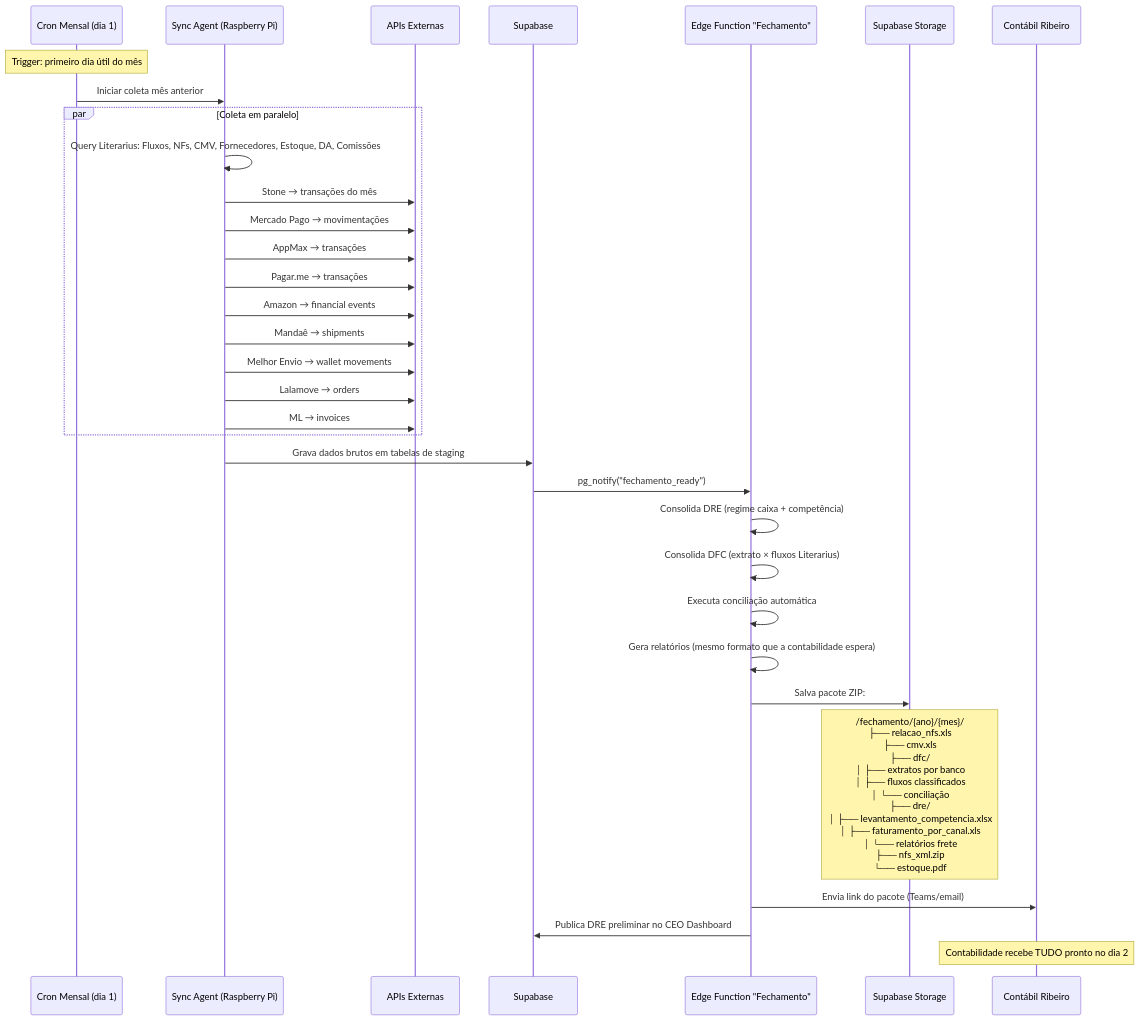
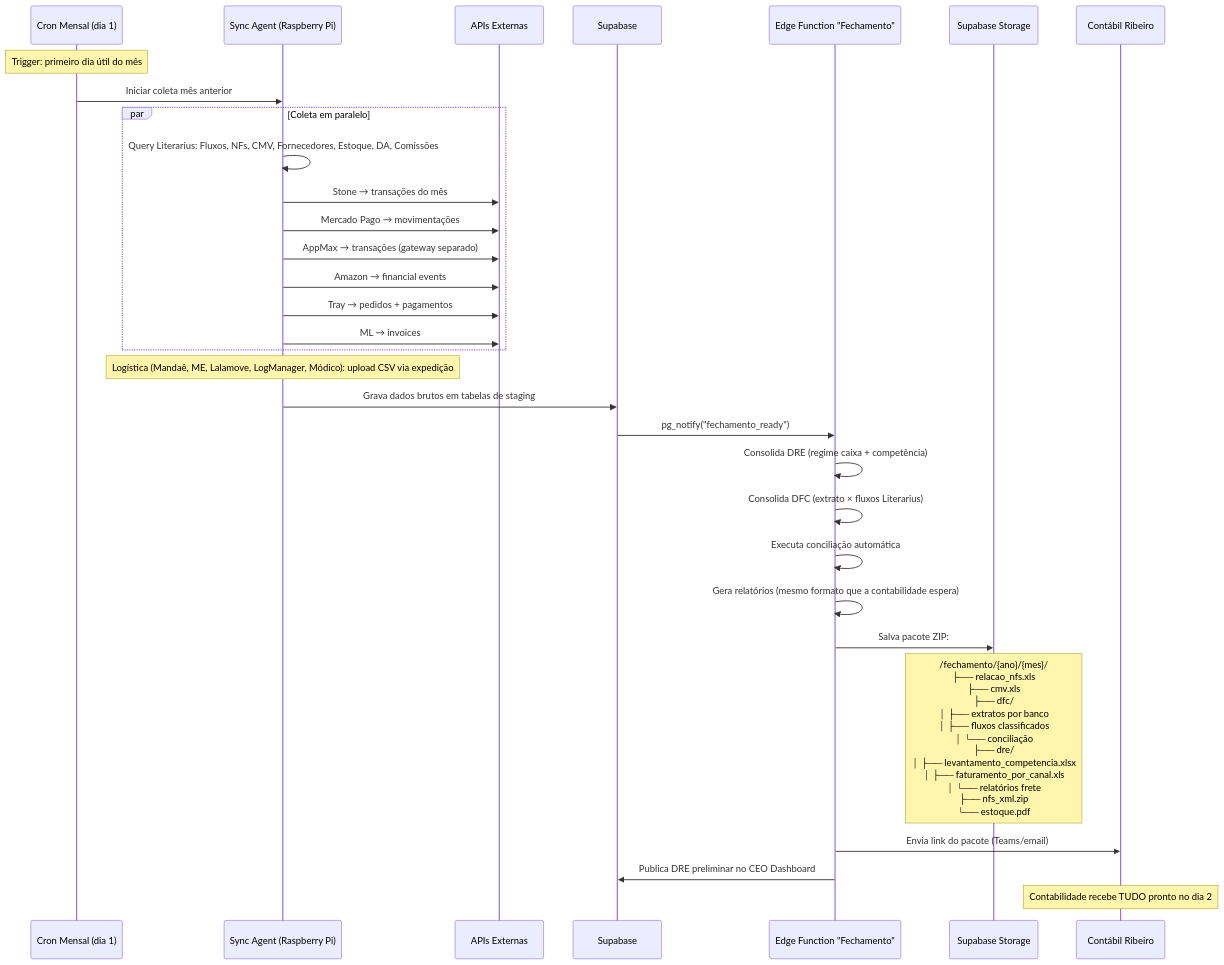
Before and after one commit to Trivia-Growth/Trivia-Obsidian: the diagram in Clientes/Heziom/HeziomOS/02 - Sistema (Fluxos & Processos)/Módulos/Fechamento Mensal — Automação Completa.md, drawn with Mermaid. The commit also changed other lines of this file, not shown here.

````diff
--- a/Clientes/Heziom/HeziomOS/02 - Sistema (Fluxos & Processos)/Módulos/Fechamento Mensal — Automação Completa.md
+++ b/Clientes/Heziom/HeziomOS/02 - Sistema (Fluxos & Processos)/Módulos/Fechamento Mensal — Automação Completa.md
@@ -190,44 +200,43 @@
 ```mermaid
 sequenceDiagram
     participant CRON as Cron Mensal (dia 1)
     participant SYNC as Sync Agent (Raspberry Pi)
     participant API as APIs Externas
     participant SUP as Supabase
     participant EF as Edge Function "Fechamento"
     participant STOR as Supabase Storage
     participant CONT as Contábil Ribeiro
 
     Note over CRON: Trigger: primeiro dia útil do mês
     
     CRON->>SYNC: Iniciar coleta mês anterior
     
     par Coleta em paralelo
         SYNC->>SYNC: Query Literarius: Fluxos, NFs, CMV, Fornecedores, Estoque, DA, Comissões
         SYNC->>API: Stone → transações do mês
         SYNC->>API: Mercado Pago → movimentações
-        SYNC->>API: AppMax → transações
-        SYNC->>API: Pagar.me → transações
+        SYNC->>API: AppMax → transações (gateway separado)
         SYNC->>API: Amazon → financial events
-        SYNC->>API: Mandaê → shipments
-        SYNC->>API: Melhor Envio → wallet movements
-        SYNC->>API: Lalamove → orders
+        SYNC->>API: Tray → pedidos + pagamentos
         SYNC->>API: ML → invoices
     end
+    
+    Note over SYNC: Logística (Mandaê, ME, Lalamove, LogManager, Módico): upload CSV via expedição
     
     SYNC->>SUP: Grava dados brutos em tabelas de staging
     
     SUP->>EF: pg_notify("fechamento_ready")
     
     EF->>EF: Consolida DRE (regime caixa + competência)
     EF->>EF: Consolida DFC (extrato × fluxos Literarius)
     EF->>EF: Executa conciliação automática
     EF->>EF: Gera relatórios (mesmo formato que a contabilidade espera)
     
     EF->>STOR: Salva pacote ZIP:
     Note over STOR: /fechamento/{ano}/{mes}/<br/>├── relacao_nfs.xls<br/>├── cmv.xls<br/>├── dfc/<br/>│   ├── extratos por banco<br/>│   ├── fluxos classificados<br/>│   └── conciliação<br/>├── dre/<br/>│   ├── levantamento_competencia.xlsx<br/>│   ├── faturamento_por_canal.xls<br/>│   └── relatórios frete<br/>├── nfs_xml.zip<br/>└── estoque.pdf
     
     EF->>CONT: Envia link do pacote (Teams/email)
     EF->>SUP: Publica DRE preliminar no CEO Dashboard
     
     Note over CONT: Contabilidade recebe TUDO pronto no dia 2
 ```
````
